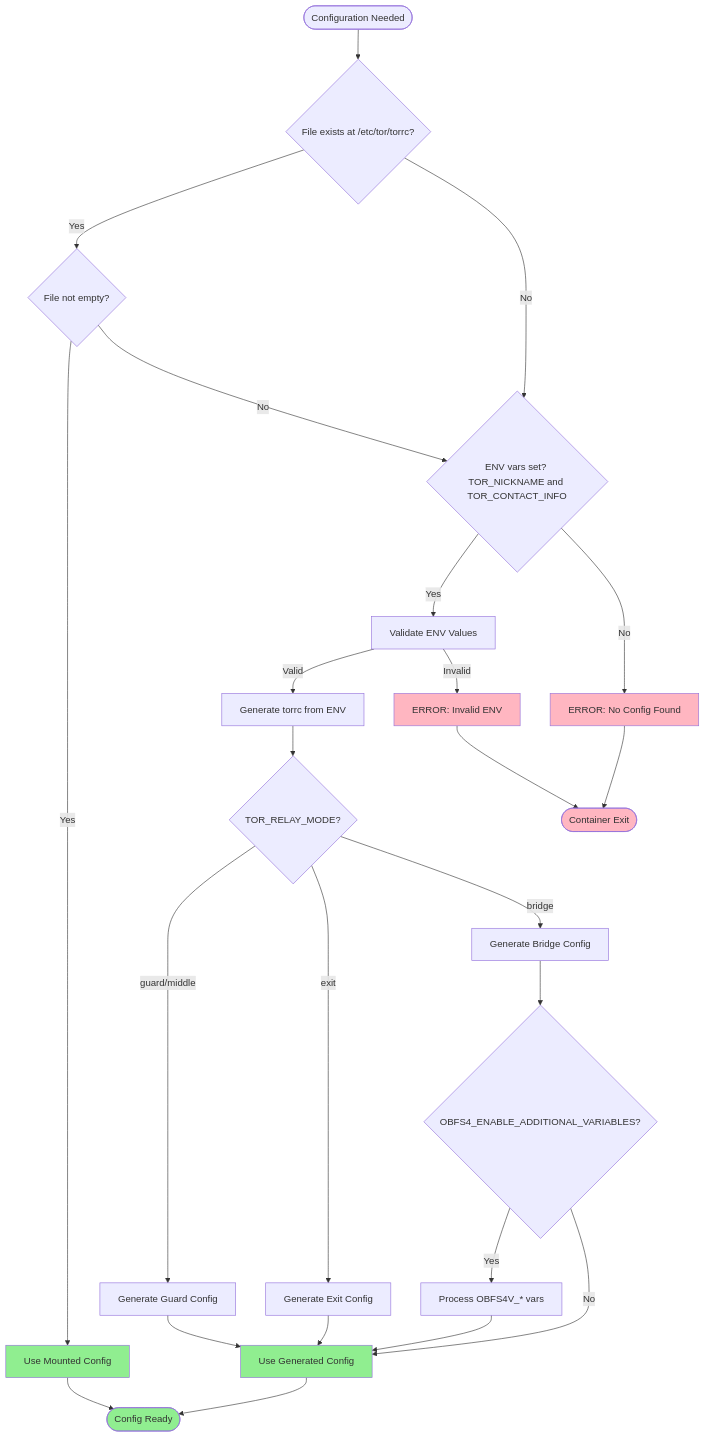
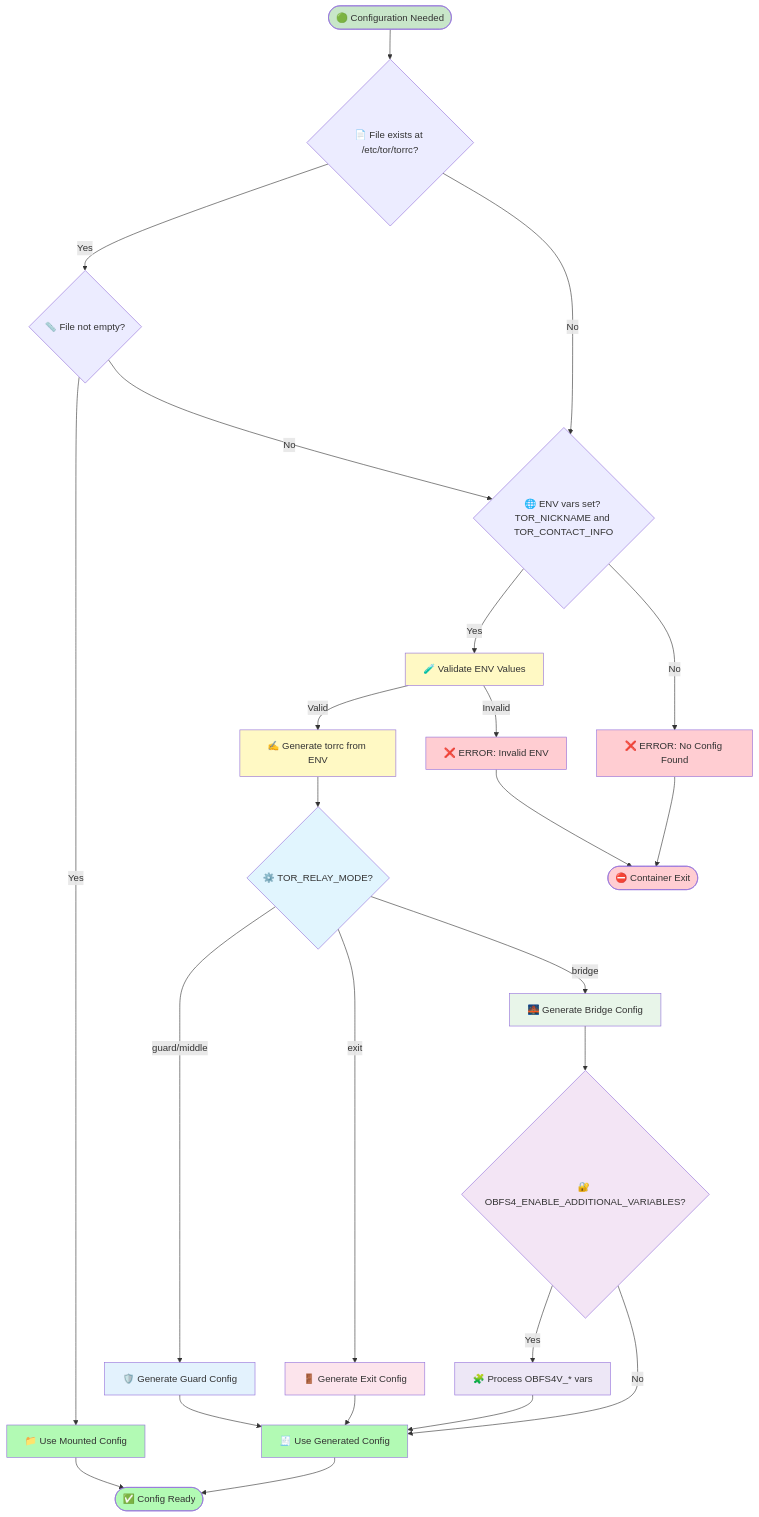
Before and after one commit to r3bo0tbx1/tor-guard-relay: the third of 13 diagrams in docs/ARCHITECTURE.md, drawn with Mermaid. The commit also changed other lines of this file and 1 other file, not shown here.

First line of the commit message:
📝 docs(v1.1.1): Refresh diagrams and update image size

````diff
--- a/docs/ARCHITECTURE.md
+++ b/docs/ARCHITECTURE.md
@@ -148,41 +149,50 @@
 ```mermaid
 flowchart TD
-    Start([Configuration Needed]) --> Check1{File exists at /etc/tor/torrc?}
+    Start([🟢 Configuration Needed]) --> Check1{📄 File exists at /etc/tor/torrc?}
 
-    Check1 -->|Yes| Check2{File not empty?}
-    Check2 -->|Yes| UseMounted[Use Mounted Config]
+    Check1 -->|Yes| Check2{📏 File not empty?}
+    Check2 -->|Yes| UseMounted[📁 Use Mounted Config]
     Check2 -->|No| Check3
 
-    Check1 -->|No| Check3{ENV vars set? TOR_NICKNAME and TOR_CONTACT_INFO}
+    Check1 -->|No| Check3{🌐 ENV vars set? TOR_NICKNAME and TOR_CONTACT_INFO}
 
-    Check3 -->|Yes| Validate[Validate ENV Values]
-    Validate -->|Valid| Generate[Generate torrc from ENV]
-    Validate -->|Invalid| Error1[ERROR: Invalid ENV]
+    Check3 -->|Yes| Validate[🧪 Validate ENV Values]
+    Validate -->|Valid| Generate[✍️ Generate torrc from ENV]
+    Validate -->|Invalid| Error1[❌ ERROR: Invalid ENV]
 
-    Generate --> ModeCheck{TOR_RELAY_MODE?}
-    ModeCheck -->|guard/middle| GenGuard[Generate Guard Config]
-    ModeCheck -->|exit| GenExit[Generate Exit Config]
-    ModeCheck -->|bridge| GenBridge[Generate Bridge Config]
+    Generate --> ModeCheck{⚙️ TOR_RELAY_MODE?}
+    ModeCheck -->|guard/middle| GenGuard[🛡️ Generate Guard Config]
+    ModeCheck -->|exit| GenExit[🚪 Generate Exit Config]
+    ModeCheck -->|bridge| GenBridge[🌉 Generate Bridge Config]
 
-    GenBridge --> OBFS4Check{OBFS4_ENABLE_ADDITIONAL_VARIABLES?}
-    OBFS4Check -->|Yes| ProcessOBFS4V[Process OBFS4V_* vars]
+    GenBridge --> OBFS4Check{🔐 OBFS4_ENABLE_ADDITIONAL_VARIABLES?}
+    OBFS4Check -->|Yes| ProcessOBFS4V[🧩 Process OBFS4V_* vars]
     OBFS4Check -->|No| UseEnv
-    ProcessOBFS4V --> UseEnv[Use Generated Config]
+    ProcessOBFS4V --> UseEnv[🧾 Use Generated Config]
 
     GenGuard --> UseEnv
     GenExit --> UseEnv
 
-    Check3 -->|No| Error2[ERROR: No Config Found]
+    Check3 -->|No| Error2[❌ ERROR: No Config Found]
 
-    UseMounted --> Success([Config Ready])
+    UseMounted --> Success([✅ Config Ready])
     UseEnv --> Success
-    Error1 --> Failure([Container Exit])
+    Error1 --> Failure([⛔ Container Exit])
     Error2 --> Failure
 
-    style UseMounted fill:#90EE90
-    style UseEnv fill:#90EE90
-    style Success fill:#90EE90
-    style Error1 fill:#FFB6C1
-    style Error2 fill:#FFB6C1
-    style Failure fill:#FFB6C1
+    style Start fill:#c8e6c9
+    style UseMounted fill:#b2fab4
+    style UseEnv fill:#b2fab4
+    style Success fill:#b2fab4
+    style Error1 fill:#ffcdd2
+    style Error2 fill:#ffcdd2
+    style Failure fill:#ffcdd2
+    style Validate fill:#fff9c4
+    style Generate fill:#fff9c4
+    style ModeCheck fill:#e1f5fe
+    style GenGuard fill:#e3f2fd
+    style GenExit fill:#fce4ec
+    style GenBridge fill:#e8f5e9
+    style OBFS4Check fill:#f3e5f5
+    style ProcessOBFS4V fill:#ede7f6
 ```
````
